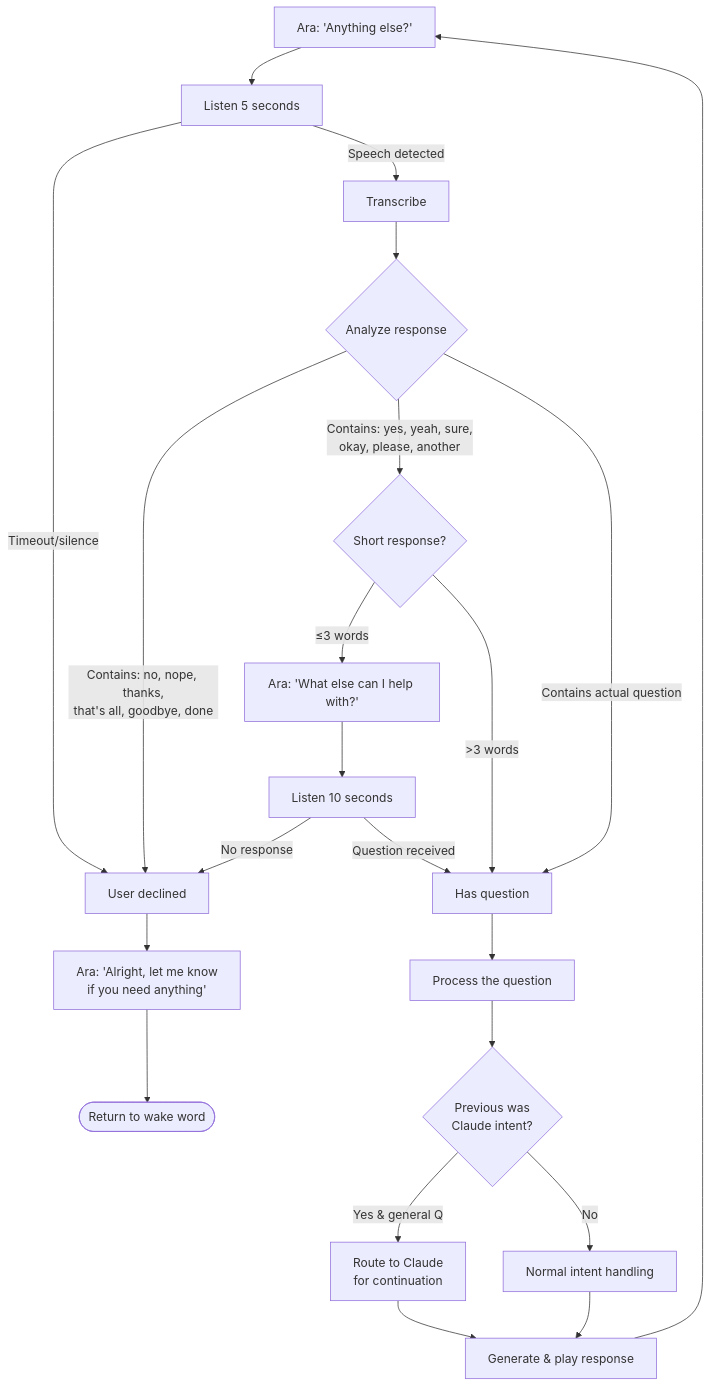
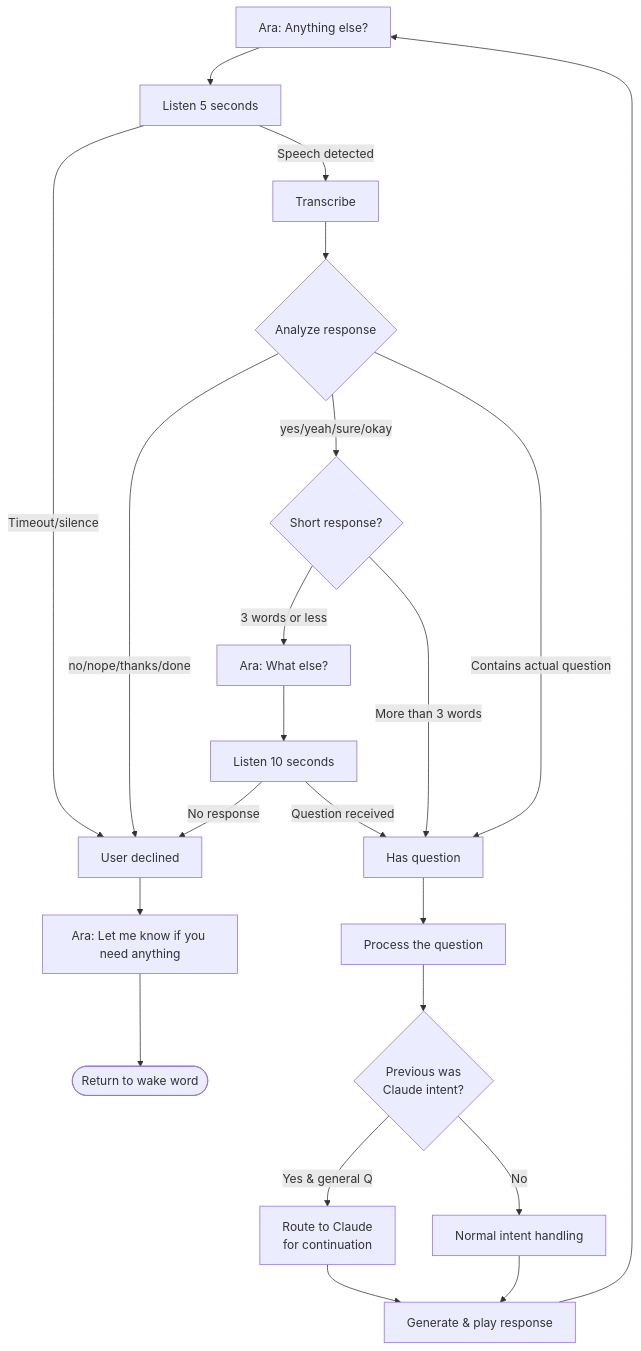
Before and after one commit to adarkazanli/RPVA: the fourth of 7 diagrams in docs/conversation-flow.md, drawn with Mermaid. The commit also changed other lines of this file and 1 other file, not shown here.

First line of the commit message:
docs: update conversation flow with Step 7 query routing

````diff
--- a/docs/conversation-flow.md
+++ b/docs/conversation-flow.md
@@ -150,35 +164,35 @@
 ```mermaid
 flowchart TD
-    ASK["Ara: 'Anything else?'"] --> LISTEN[Listen 5 seconds]
+    ASK[Ara: Anything else?] --> LISTEN[Listen 5 seconds]
 
     LISTEN --> |Timeout/silence| DECLINE[User declined]
     LISTEN --> |Speech detected| TRANSCRIBE[Transcribe]
 
     TRANSCRIBE --> ANALYZE{Analyze response}
 
-    ANALYZE --> |Contains: no, nope, thanks,<br>that's all, goodbye, done| DECLINE
-    ANALYZE --> |Contains: yes, yeah, sure,<br>okay, please, another| AFFIRM{Short response?}
+    ANALYZE --> |no/nope/thanks/done| DECLINE
+    ANALYZE --> |yes/yeah/sure/okay| AFFIRM{Short response?}
     ANALYZE --> |Contains actual question| QUESTION[Has question]
 
-    AFFIRM --> |≤3 words| PROMPT["Ara: 'What else can I help with?'"]
-    AFFIRM --> |>3 words| QUESTION
+    AFFIRM --> |3 words or less| PROMPT[Ara: What else?]
+    AFFIRM --> |More than 3 words| QUESTION
 
     PROMPT --> LISTEN2[Listen 10 seconds]
     LISTEN2 --> |No response| DECLINE
     LISTEN2 --> |Question received| QUESTION
 
     QUESTION --> PROCESS[Process the question]
 
-    DECLINE --> GOODBYE["Ara: 'Alright, let me know<br>if you need anything'"]
+    DECLINE --> GOODBYE[Ara: Let me know if you need anything]
     GOODBYE --> END([Return to wake word])
 
     PROCESS --> CLAUDE_CHECK{Previous was<br>Claude intent?}
 
     CLAUDE_CHECK --> |Yes & general Q| ROUTE_CLAUDE[Route to Claude<br>for continuation]
     CLAUDE_CHECK --> |No| NORMAL[Normal intent handling]
 
     ROUTE_CLAUDE --> RESPOND[Generate & play response]
     NORMAL --> RESPOND
 
     RESPOND --> ASK
 ```
````
